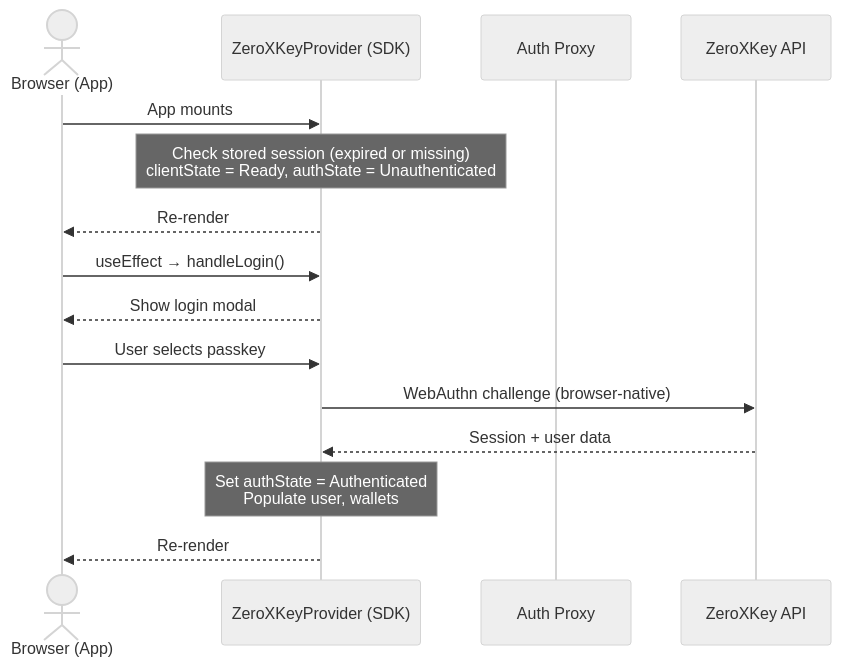
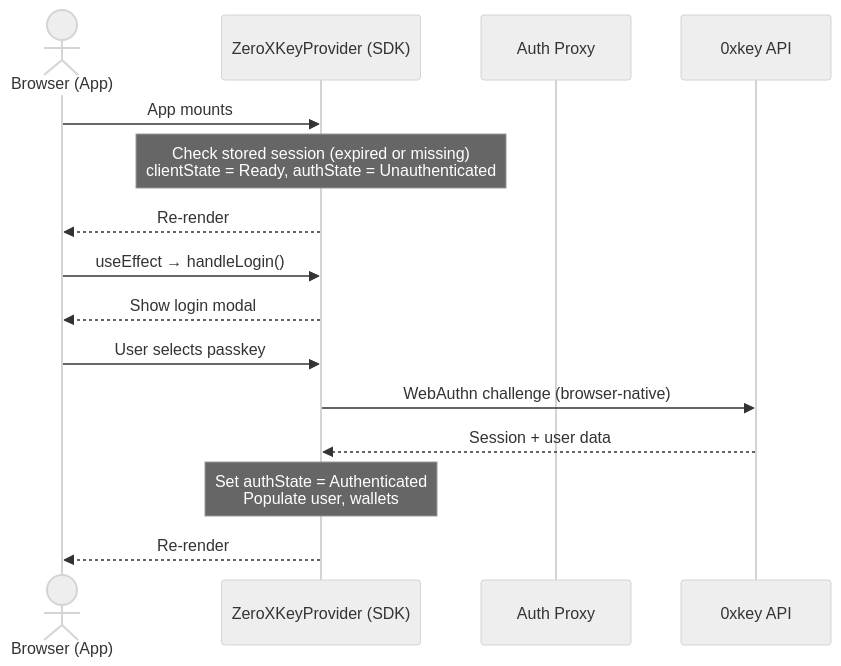
One commit to 0xkey-io/sdk-js changed the fourth of 6 diagrams in examples/react-wallet-kit/README.md. Above: the diagram before and after it, drawn with Mermaid (neutral theme). The commit also changed other lines of this file and 464 other files, not shown here.

````diff
--- a/examples/react-wallet-kit/README.md
+++ b/examples/react-wallet-kit/README.md
@@ -436,21 +436,21 @@
 ```mermaid
 sequenceDiagram
     actor User as Browser (App)
     participant SDK as ZeroXKeyProvider (SDK)
     participant AP as Auth Proxy
-    participant API as ZeroXKey API
+    participant API as 0xkey API
 
     User->>SDK: App mounts
     Note over SDK: Check stored session (expired or missing)<br/>clientState = Ready, authState = Unauthenticated
     SDK-->>User: Re-render
 
     User->>SDK: useEffect → handleLogin()
     SDK-->>User: Show login modal
 
     User->>SDK: User selects passkey
     SDK->>API: WebAuthn challenge (browser-native)
     API-->>SDK: Session + user data
 
     Note over SDK: Set authState = Authenticated<br/>Populate user, wallets
     SDK-->>User: Re-render
 ```
````
